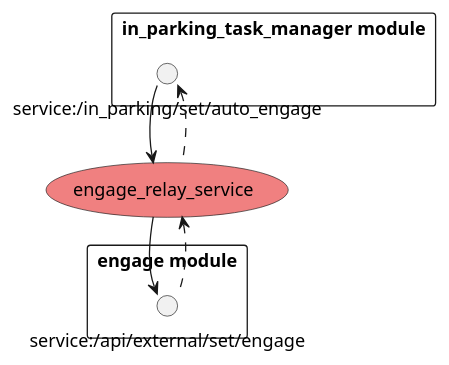
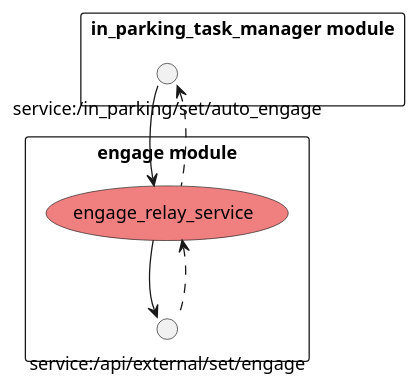
The diagram in docs/node_graph.pu (tier4/engage_service), drawn with PlantUML before and after one commit.

```diff
--- a/docs/node_graph.pu
+++ b/docs/node_graph.pu
@@ -1,18 +1,18 @@
 @startuml
 
 rectangle "engage module" {
     interface "service:/api/external/set/engage" as set_engage
+    usecase "engage_relay_service"  #LightCoral
 }
-usecase "engage_relay_service"  #LightCoral
 
 rectangle "in_parking_task_manager module" {
     interface "service:/in_parking/set/auto_engage" as set_auto_engage
 }
 
 (engage_relay_service) --> (set_engage)
 (engage_relay_service) <.- (set_engage)
 (set_auto_engage) --> (engage_relay_service)
 (set_auto_engage) <.- (engage_relay_service)
 
 
 @enduml
```
